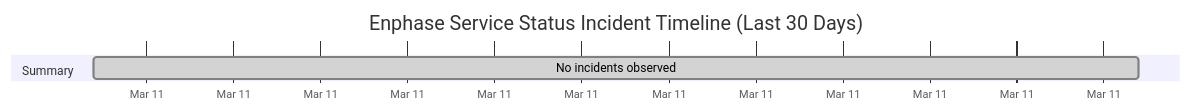
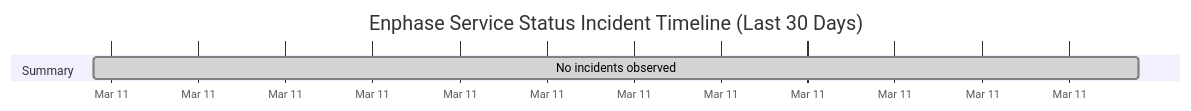
One commit to barneyonline/ha-enphase-ev-charger changed the diagram in wiki/Service-Status-History.md. Above: the diagram before and after it, drawn with Mermaid. The commit also changed other lines of this file and 3 other files, not shown here.

````diff
--- a/wiki/Service-Status-History.md
+++ b/wiki/Service-Status-History.md
@@ -14,8 +14,8 @@
 ```mermaid
 gantt
     title Enphase Service Status Incident Timeline (Last 30 Days)
     dateFormat  YYYY-MM-DDTHH:mm:ss
     axisFormat  %b %d
     section Summary
-    No incidents observed :done, 2026-03-11T04:01:12, 1m
+    No incidents observed :done, 2026-03-11T05:41:39, 1m
 ```
````
